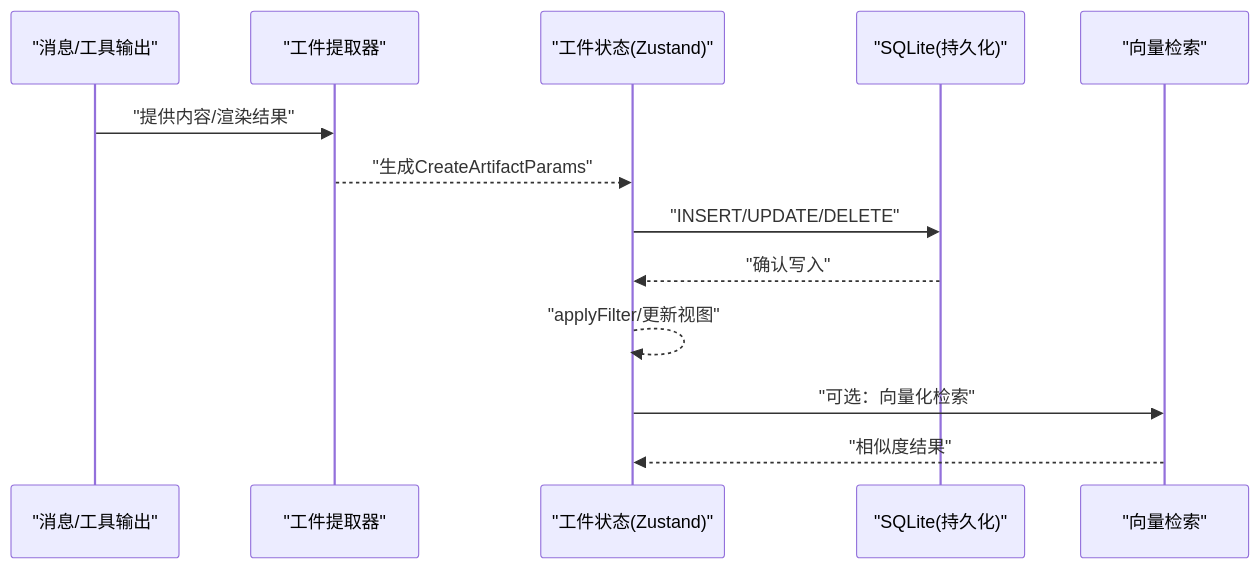
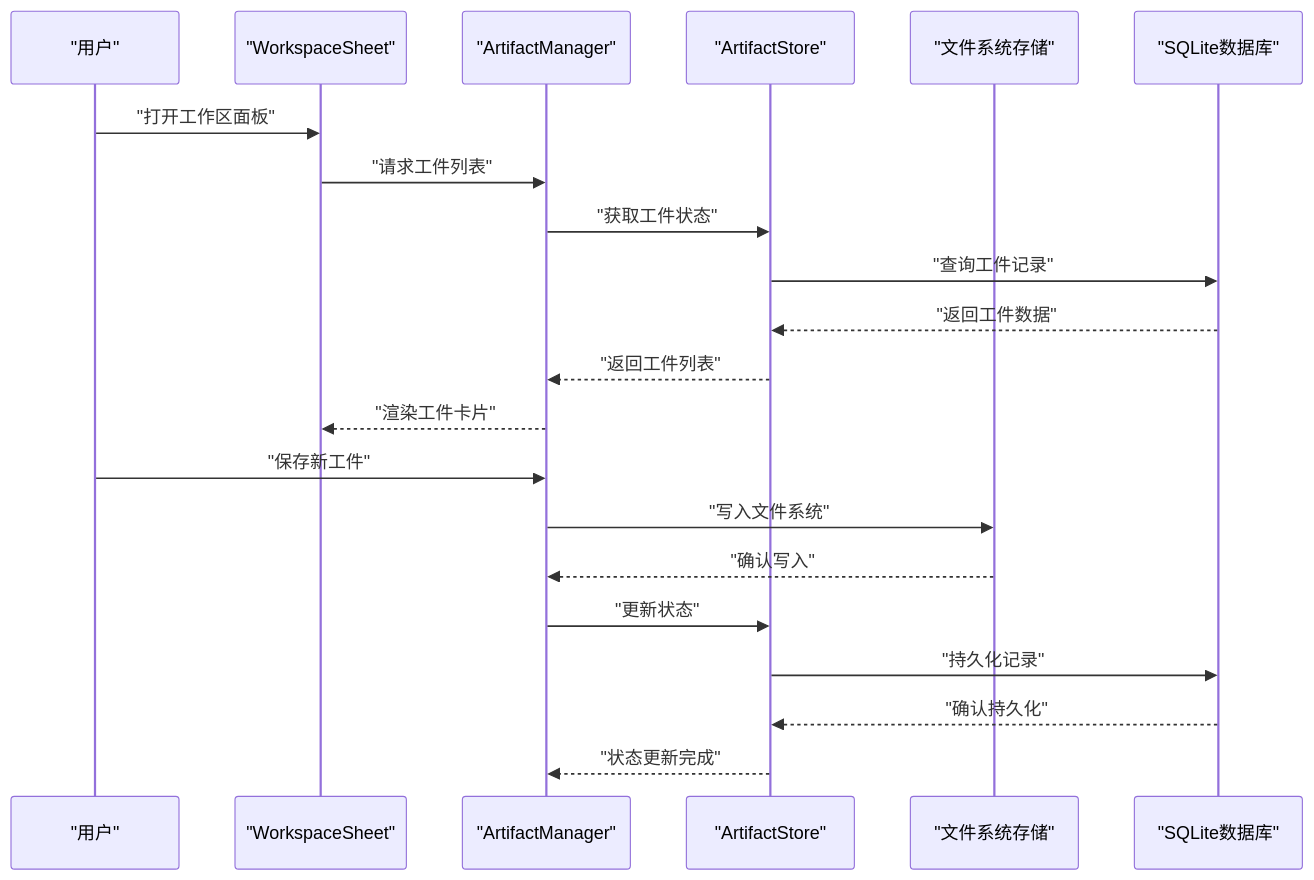
The second of 9 diagrams in .qoder/repowiki/zh/content/状态管理/工件状态管理.md (NarcisWL/Nexara), drawn with Mermaid before and after one commit. The commit also changed other lines of this file and 43 other files, not shown here.

Commit message:
feat(rag): implement KG JIT Micro-Graph pipeline and consolidate documentation

````diff
--- a/.qoder/repowiki/zh/content/状态管理/工件状态管理.md
+++ b/.qoder/repowiki/zh/content/状态管理/工件状态管理.md
@@ -103,15 +117,23 @@
 ```mermaid
 sequenceDiagram
-participant Msg as "消息/工具输出"
-participant Ext as "工件提取器"
-participant Store as "工件状态(Zustand)"
-participant DB as "SQLite(持久化)"
-participant RAG as "向量检索"
-Msg->>Ext : "提供内容/渲染结果"
-Ext-->>Store : "生成CreateArtifactParams"
-Store->>DB : "INSERT/UPDATE/DELETE"
-DB-->>Store : "确认写入"
-Store-->>Store : "applyFilter/更新视图"
-Store->>RAG : "可选：向量化检索"
-RAG-->>Store : "相似度结果"
+participant User as "用户"
+participant WS as "WorkspaceSheet"
+participant AM as "ArtifactManager"
+participant AS as "ArtifactStore"
+participant FS as "文件系统存储"
+participant DB as "SQLite数据库"
+User->>WS : "打开工作区面板"
+WS->>AM : "请求工件列表"
+AM->>AS : "获取工件状态"
+AS->>DB : "查询工件记录"
+DB-->>AS : "返回工件数据"
+AS-->>AM : "返回工件列表"
+AM-->>WS : "渲染工件卡片"
+User->>AM : "保存新工件"
+AM->>FS : "写入文件系统"
+FS-->>AM : "确认写入"
+AM->>AS : "更新状态"
+AS->>DB : "持久化记录"
+DB-->>AS : "确认持久化"
+AS-->>AM : "状态更新完成"
 ```
````
